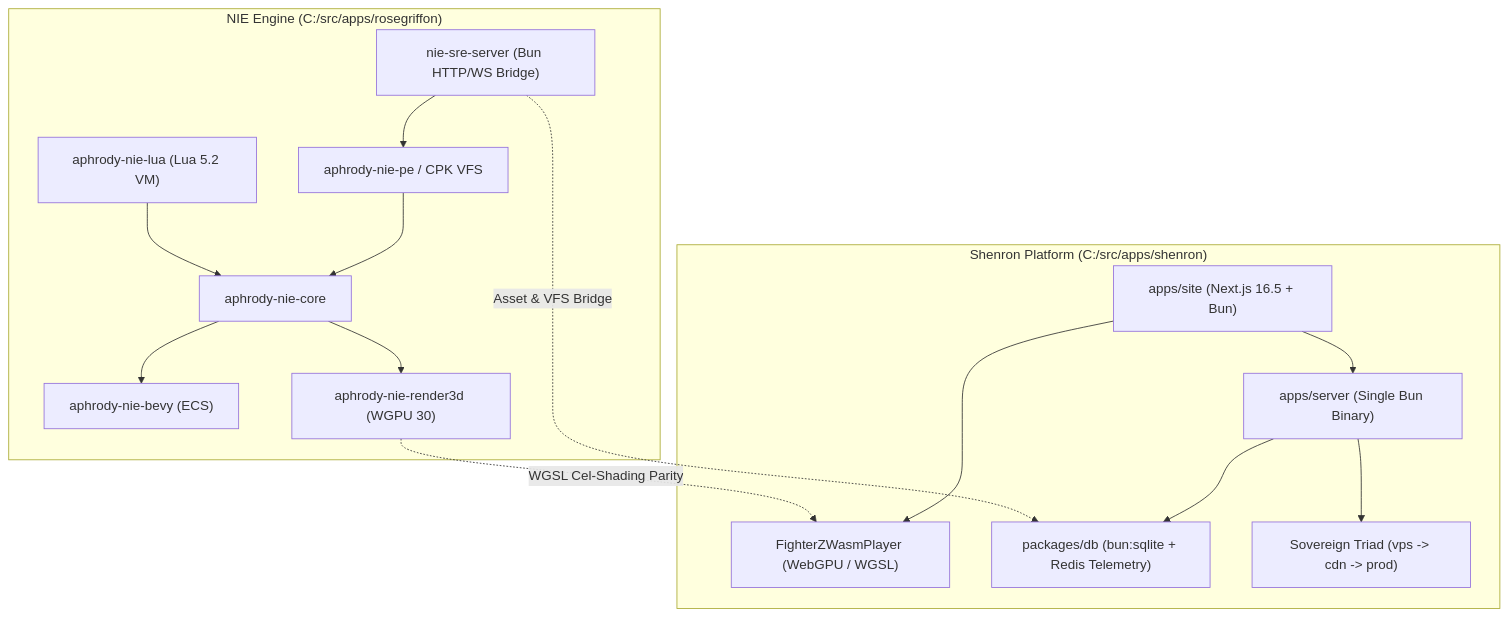
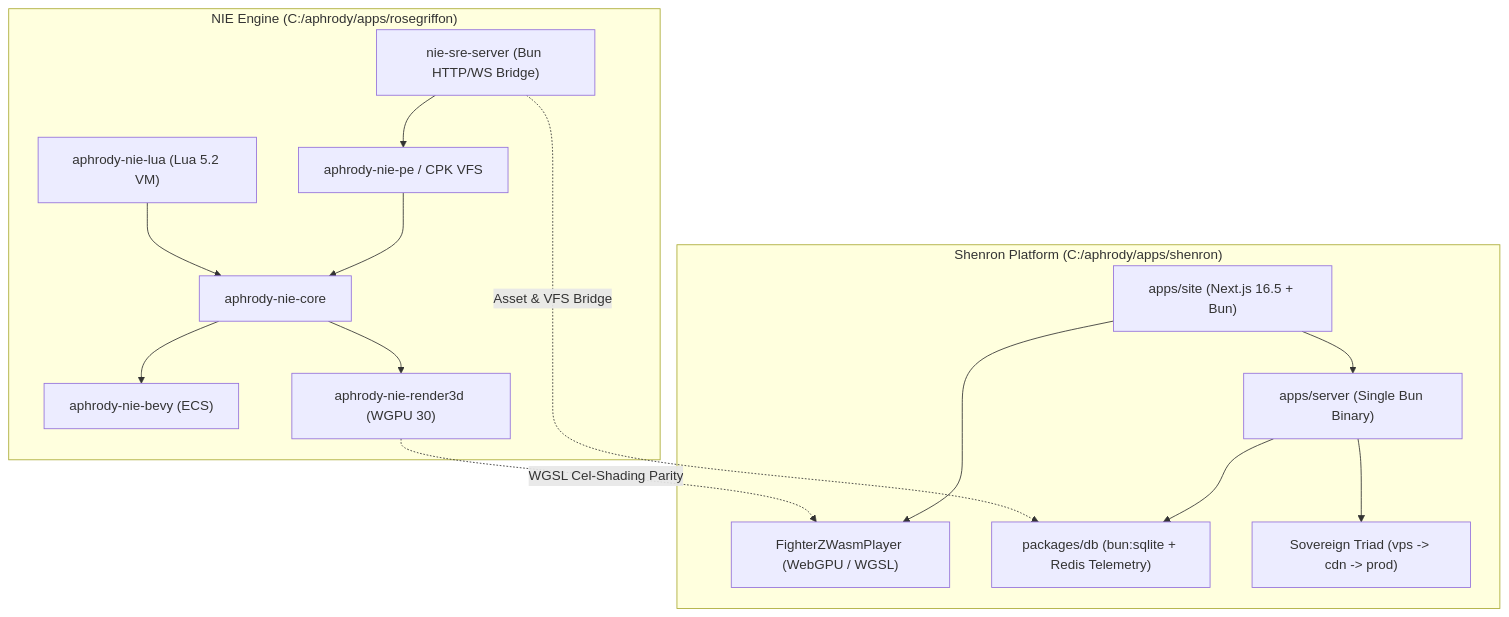
Before and after one commit to aphrody-labs/shenron: the diagram in docs/architecture/nie-vs-shenron-game-runtime.md, drawn with Mermaid. The commit also changed other lines of this file and 61 other files, not shown here.

````diff
--- a/docs/architecture/nie-vs-shenron-game-runtime.md
+++ b/docs/architecture/nie-vs-shenron-game-runtime.md
@@ -26,33 +26,33 @@
 ```mermaid
 flowchart TD
-    subgraph NIE_Architecture["NIE Engine (C:/src/apps/rosegriffon)"]
+    subgraph NIE_Architecture["NIE Engine (C:/aphrody/apps/rosegriffon)"]
         CORE["aphrody-nie-core"]
         BEVY["aphrody-nie-bevy (ECS)"]
         RENDER["aphrody-nie-render3d (WGPU 30)"]
         VFS["aphrody-nie-pe / CPK VFS"]
         LUA["aphrody-nie-lua (Lua 5.2 VM)"]
         SRE["nie-sre-server (Bun HTTP/WS Bridge)"]
 
         CORE --> BEVY
         CORE --> RENDER
         VFS --> CORE
         LUA --> CORE
         SRE --> VFS
     end
 
-    subgraph Shenron_Architecture["Shenron Platform (C:/src/apps/shenron)"]
+    subgraph Shenron_Architecture["Shenron Platform (C:/aphrody/apps/shenron)"]
         SITE["apps/site (Next.js 16.5 + Bun)"]
         SERVER["apps/server (Single Bun Binary)"]
         WGPU_PLAYER["FighterZWasmPlayer (WebGPU / WGSL)"]
         DB_RE["packages/db (bun:sqlite + Redis Telemetry)"]
         TRIAD["Sovereign Triad (vps -> cdn -> prod)"]
 
         SITE --> SERVER
         SITE --> WGPU_PLAYER
         SERVER --> DB_RE
         SERVER --> TRIAD
     end
 
     SRE -.->|"Asset & VFS Bridge"| DB_RE
     RENDER -.->|"WGSL Cel-Shading Parity"| WGPU_PLAYER
 ```
````
